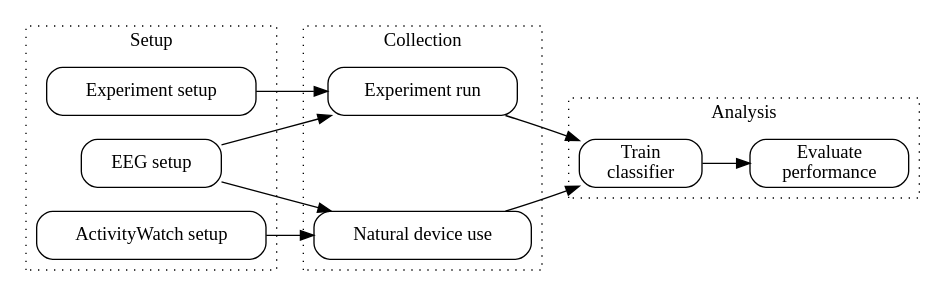
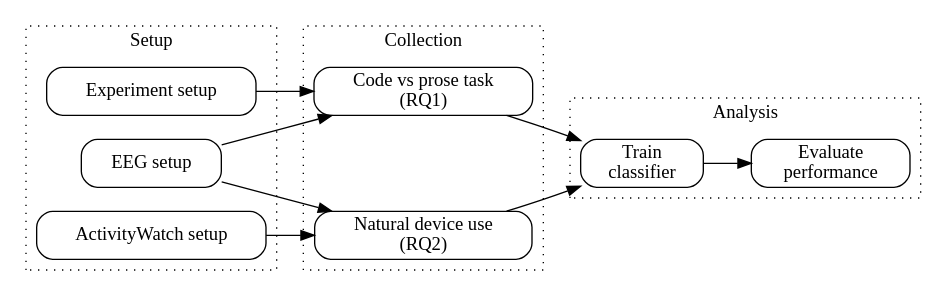
Before and after one commit to ErikBjare/thesis: the diagram in docs/tex/img/method.dot, drawn with Graphviz. The commit also changed 13 other files, not shown here.

```diff
--- a/docs/tex/img/method.dot
+++ b/docs/tex/img/method.dot
@@ -1,49 +1,49 @@
 digraph graphname {
     node [margin="0.2, 0", shape=box, style=rounded];
     rankdir=LR;
     // TODO: Should I have seperate diagrams for the two conditions?
 
     // Controlled
     C2[label="Experiment setup"];
     C1[label="EEG setup"];
-    C3[label="Experiment run"];
+    C3[label="Code vs prose task\n(RQ1)"];
     C1 -> C3;
     C2 -> C3;
     C3 -> A1;
     //{rank = same; C1; C2;}
 
     // To vertically align the clusters
     INVIS[style=invis];
     C1 -> INVIS [style=invis; weight=100];
 
     // Uncontrolled
     //U1[label="EEG setup"];
     U2[label="ActivityWatch setup"];
-    U3[label="Natural device use"];
+    U3[label="Natural device use\n(RQ2)"];
     C1 -> U3;
     U2 -> U3;
     U3 -> A1;
     //{rank = same; U1; U2; U3;}
 
     // Analysis
     A1[label="Train\nclassifier"];
     A2[label="Evaluate\nperformance"];
     A1 -> A2;
     //{rank = same; A1; A2;}
 
     subgraph cluster_setup { 
         label="Setup";
         style=dotted;
         C1; C2; U2;
     }
     subgraph cluster_run { 
         label="Collection";
         style=dotted;
         C3; INVIS; U3;
     }
     subgraph cluster_analysis { 
         label="Analysis";
         style=dotted;
         A1; A2;
     }
 }
```
